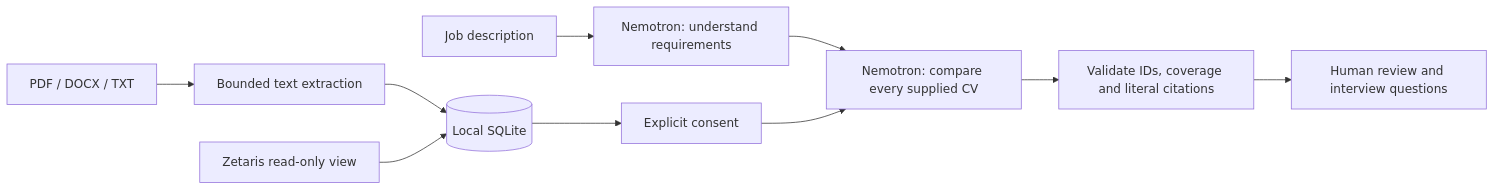
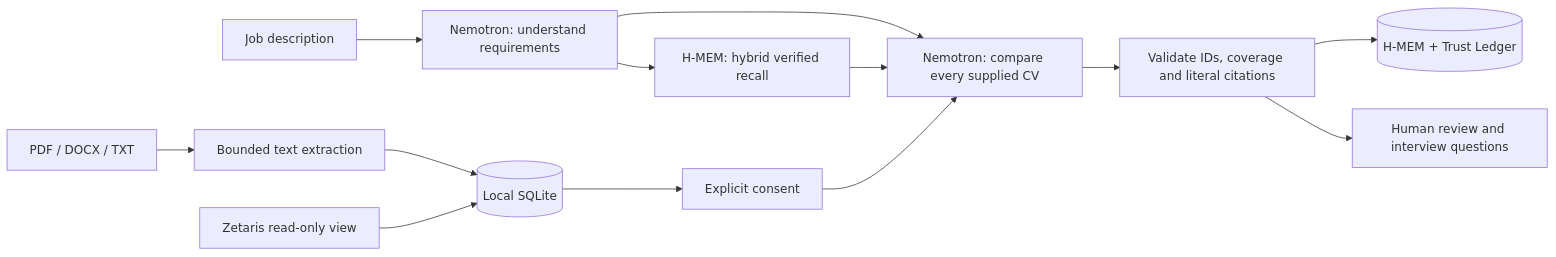
Before and after one commit to oveun-software/hackaton: the diagram in README.md, drawn with Mermaid. The commit also changed other lines of this file and 18 other files, not shown here.

````diff
--- a/README.md
+++ b/README.md
@@ -96,12 +102,15 @@
 ```mermaid
 flowchart LR
   F[PDF / DOCX / TXT] --> E[Bounded text extraction]
   E --> D[(Local SQLite)]
   Z[Zetaris read-only view] --> D
   J[Job description] --> N[Nemotron: understand requirements]
   D --> C[Explicit consent]
   N --> A[Nemotron: compare every supplied CV]
+  N --> M[H-MEM: hybrid verified recall]
+  M --> A
   C --> A
   A --> V[Validate IDs, coverage and literal citations]
+  V --> L[(H-MEM + Trust Ledger)]
   V --> H[Human review and interview questions]
 ```
````
